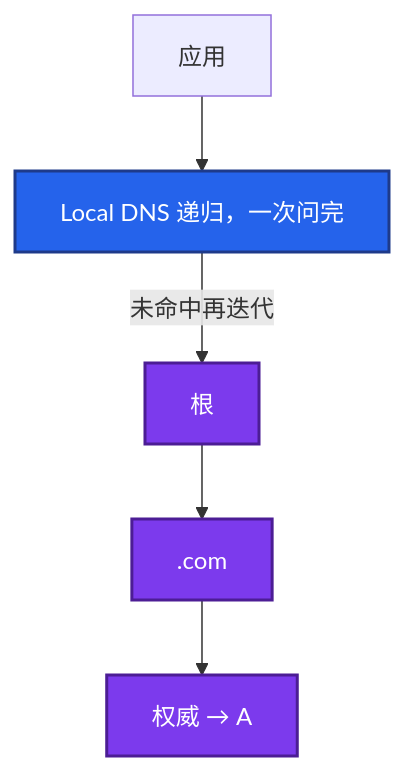
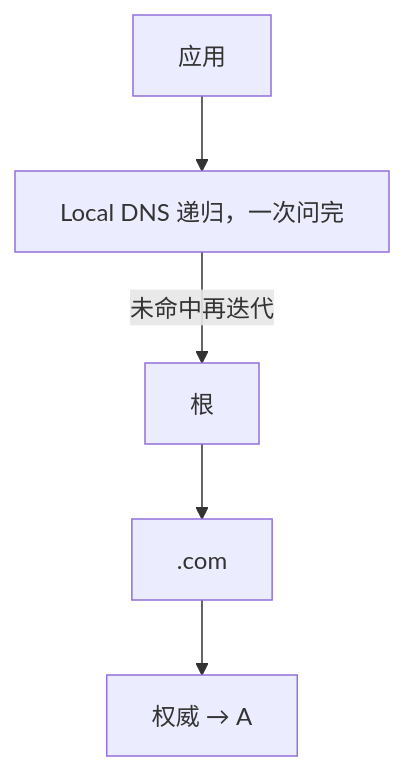
One commit to ml-cuizijun/LearnToLilith changed the first of 5 diagrams in 01-基础底座/15-DNS与CDN/练习题.md. Above: the diagram before and after it, drawn with Mermaid. The commit also changed other lines of this file and 470 other files, not shown here.

````diff
--- a/01-基础底座/15-DNS与CDN/练习题.md
+++ b/01-基础底座/15-DNS与CDN/练习题.md
@@ -48,11 +50,9 @@
 ```mermaid
 flowchart TB
     app[应用] --> rec[Local DNS 递归，一次问完]
     rec -->|未命中再迭代| root[根]
     root --> tld[.com]
     tld --> auth[权威 → A]
-    classDef a fill:#2563EB,stroke:#1E3A8A,stroke-width:2px,color:#fff
-    classDef b fill:#7C3AED,stroke:#4C1D95,stroke-width:2px,color:#fff
     class rec a
     class root,tld,auth b
 ```
````
